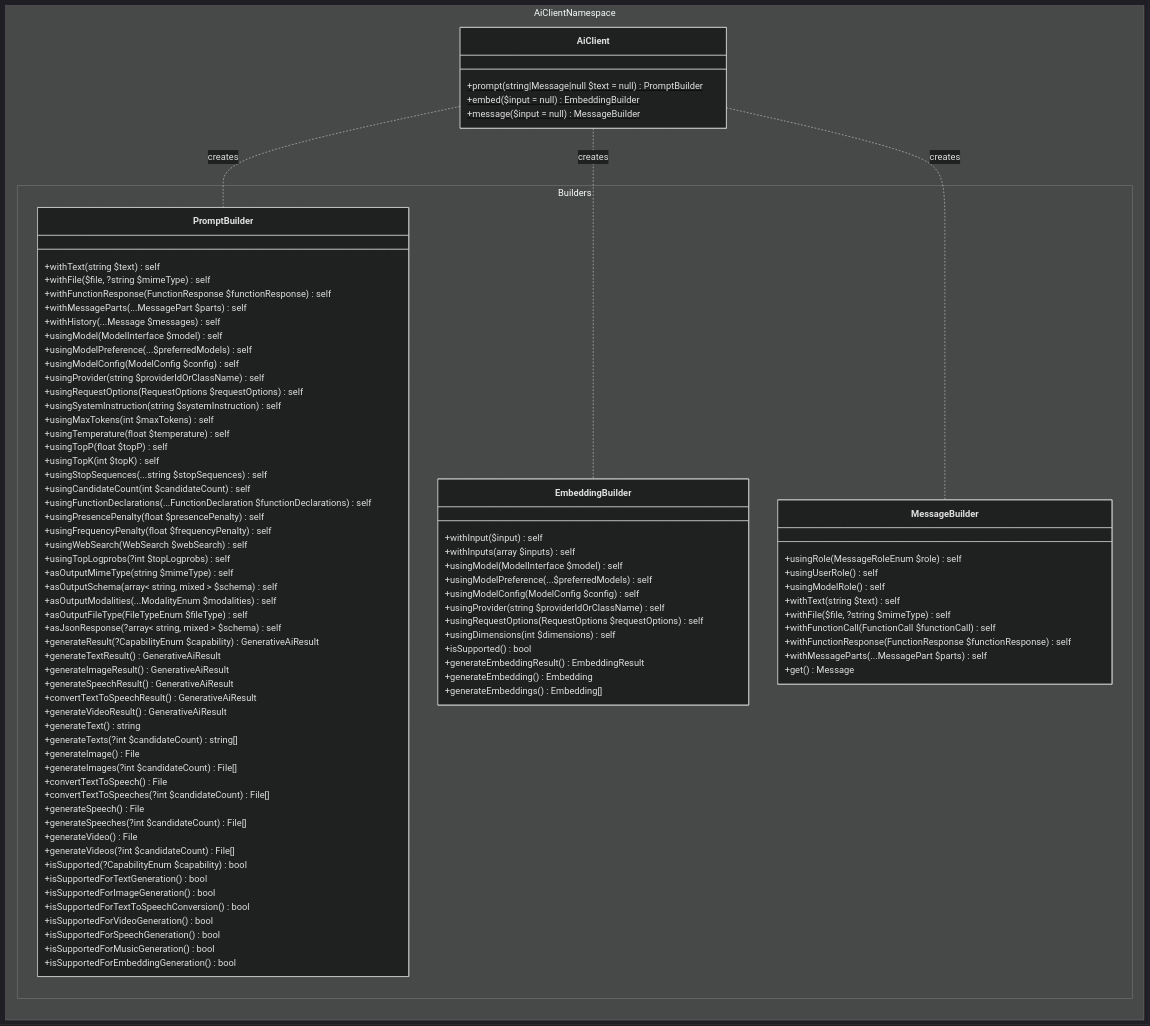
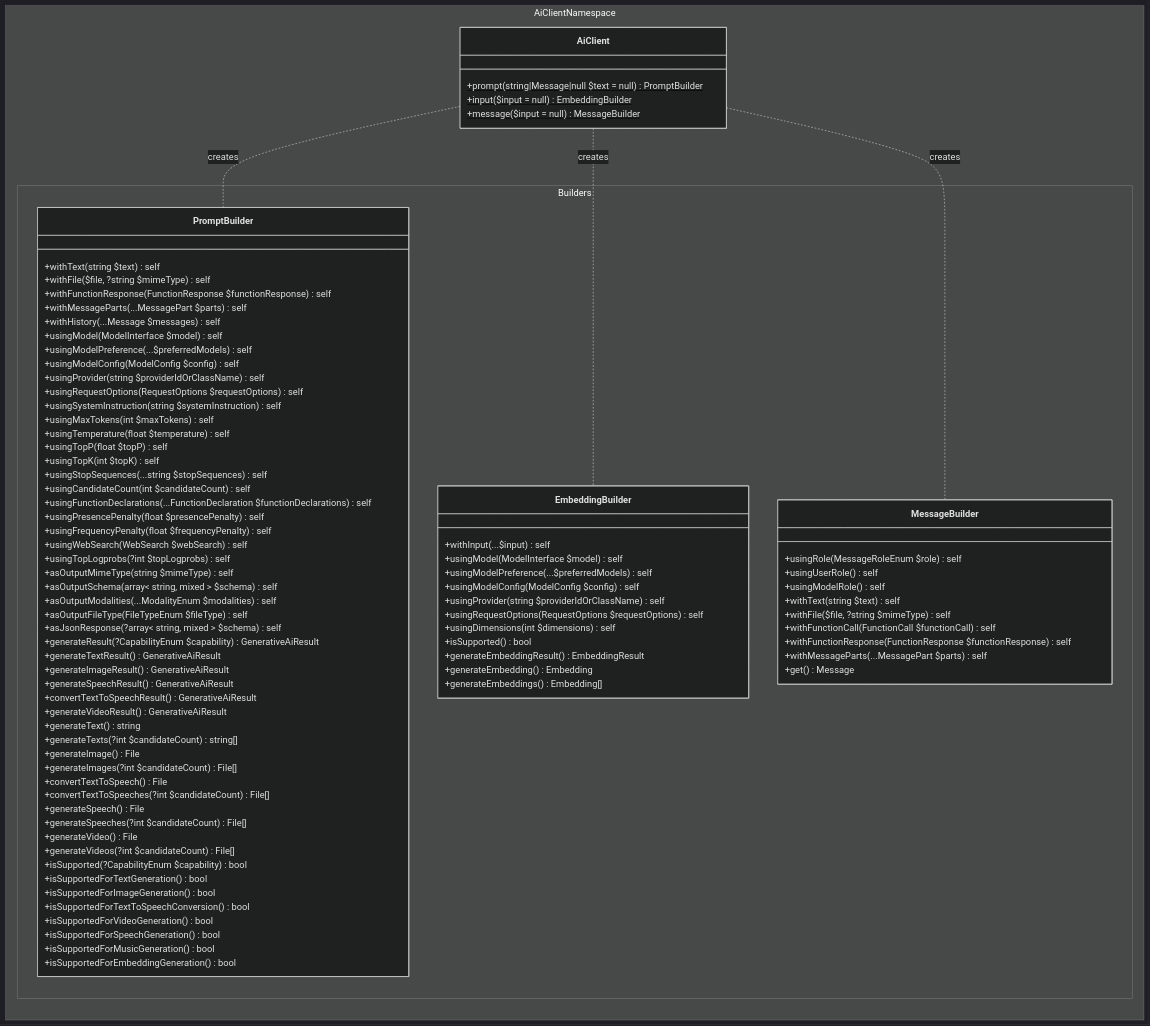
One commit to WordPress/php-ai-client changed the first of 6 diagrams in docs/ARCHITECTURE.md. Above: the diagram before and after it, drawn with Mermaid (dark theme). The commit also changed other lines of this file and 8 other files, not shown here.

```diff
--- a/docs/ARCHITECTURE.md
+++ b/docs/ARCHITECTURE.md
@@ -346,7 +346,7 @@
     namespace AiClientNamespace {
         class AiClient {
             +prompt(string|Message|null $text = null) PromptBuilder$
-            +embed($input = null) EmbeddingBuilder$
+            +input($input = null) EmbeddingBuilder$
             +message($input = null) MessageBuilder$
         }
     }
@@ -407,8 +407,7 @@
         }
 
         class EmbeddingBuilder {
-            +withInput($input) self
-            +withInputs(array $inputs) self
+            +withInput(...$input) self
             +usingModel(ModelInterface $model) self
             +usingModelPreference(...$preferredModels) self
             +usingModelConfig(ModelConfig $config) self
```
